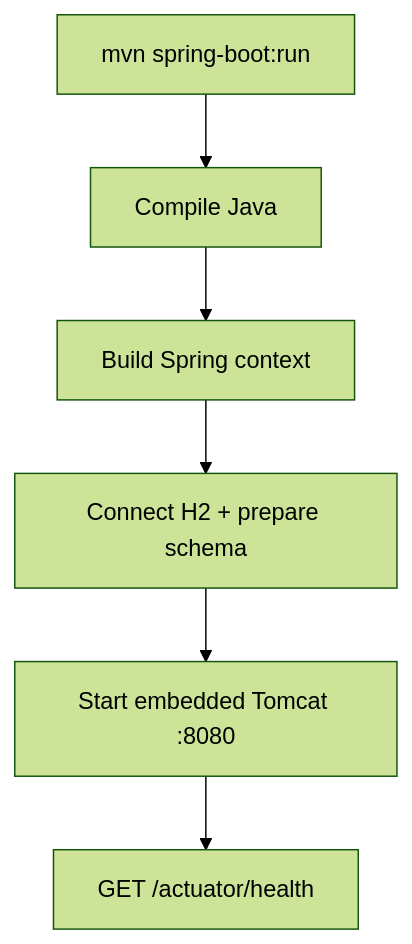
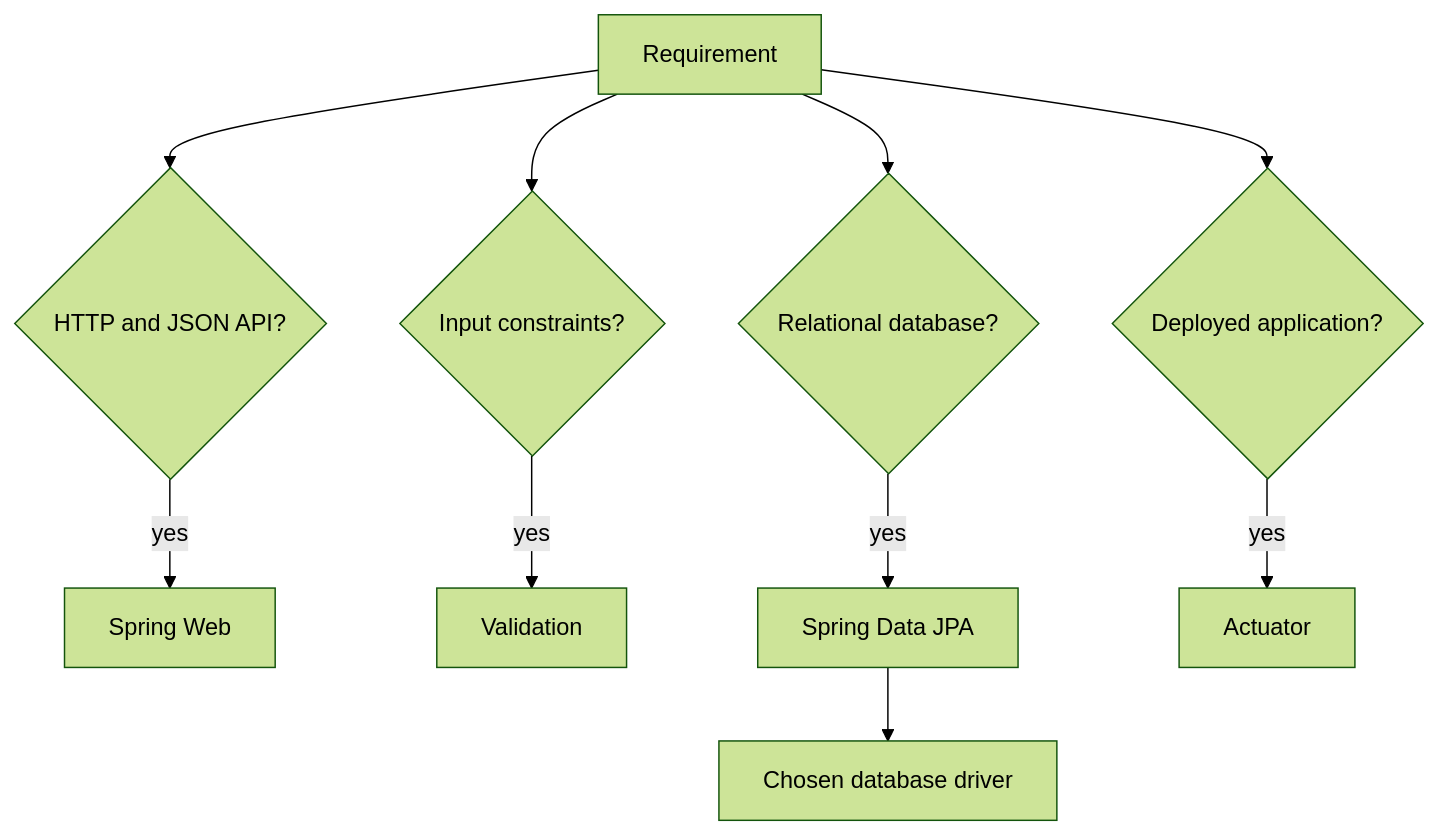
The diagram in docs/02-project-setup.md (SidheshwarSarangal/spring-boot-project-blueprint), drawn with Mermaid (forest theme) before and after one commit. The commit also changed other lines of this file and 16 other files, not shown here.

````diff
--- a/docs/02-project-setup.md
+++ b/docs/02-project-setup.md
@@ -101,8 +47,12 @@
 ```mermaid
 flowchart TD
-    Run["mvn spring-boot:run"] --> Compile["Compile Java"]
-    Compile --> Context["Build Spring context"]
-    Context --> DB["Connect H2 + prepare schema"]
-    DB --> Web["Start embedded Tomcat :8080"]
-    Web --> Health["GET /actuator/health"]
+    Need["Requirement"] --> API{"HTTP and JSON API?"}
+    API -->|"yes"| Web["Spring Web"]
+    Need --> Input{"Input constraints?"}
+    Input -->|"yes"| Validation["Validation"]
+    Need --> Data{"Relational database?"}
+    Data -->|"yes"| JPA["Spring Data JPA"]
+    JPA --> Driver["Chosen database driver"]
+    Need --> Health{"Deployed application?"}
+    Health -->|"yes"| Actuator["Actuator"]
 ```
````
